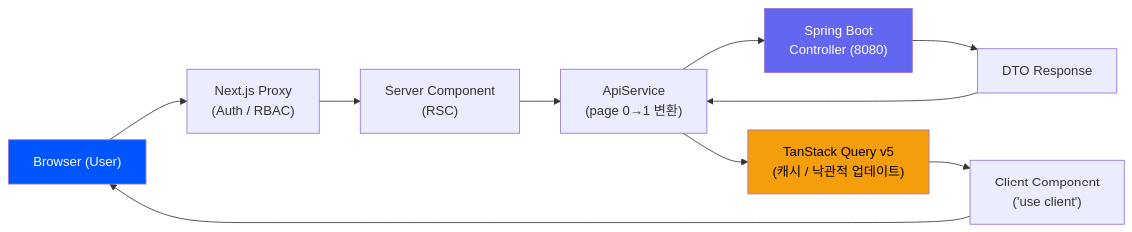
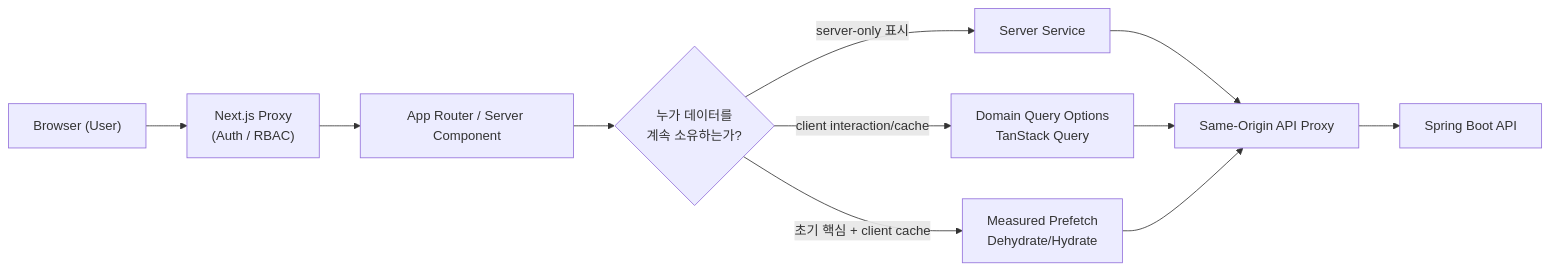
The diagram in docs/02-architecture/frontend-architecture.md (lkindo/egov-enterprise), drawn with Mermaid before and after one commit. The commit also changed other lines of this file and 306 other files, not shown here.

````diff
--- a/docs/02-architecture/frontend-architecture.md
+++ b/docs/02-architecture/frontend-architecture.md
@@ -11,17 +12,13 @@
 ```mermaid
-graph LR
+flowchart LR
     A["Browser (User)"] --> B["Next.js Proxy<br/>(Auth / RBAC)"]
-    B --> C["Server Component<br/>(RSC)"]
-    C --> D["ApiService<br/>(page 0→1 변환)"]
-    D --> E["Spring Boot<br/>Controller (8080)"]
-    
-    E --> F["DTO Response"]
-    F --> D
-    D --> G["TanStack Query v5<br/>(캐시 / 낙관적 업데이트)"]
-    G --> H["Client Component<br/>('use client')"]
-    H --> A
-
-    style A fill:#0055FF,color:#fff
-    style E fill:#6366f1,color:#fff
-    style G fill:#f59e0b,color:#000
+    B --> C["App Router / Server Component"]
+    C --> D{"누가 데이터를<br/>계속 소유하는가?"}
+    D -->|"server-only 표시"| E["Server Service"]
+    D -->|"client interaction/cache"| F["Domain Query Options<br/>TanStack Query"]
+    D -->|"초기 핵심 + client cache"| G["Measured Prefetch<br/>Dehydrate/Hydrate"]
+    E --> H["Same-Origin API Proxy"]
+    F --> H
+    G --> H
+    H --> I["Spring Boot API"]
 ```
````
